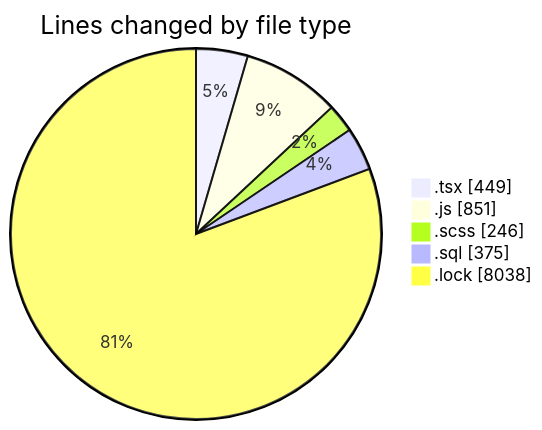
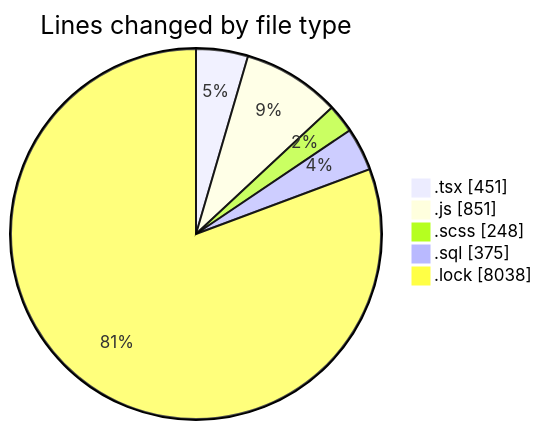
One commit to momahboobian/code-tracking changed the first of 2 diagrams in 2025-03-18/cda/README.md. Above: the diagram before and after it, drawn with Mermaid. The commit also changed other lines of this file and 1 other file, not shown here.

````diff
--- a/2025-03-18/cda/README.md
+++ b/2025-03-18/cda/README.md
@@ -30,9 +30,9 @@
 ```mermaid
 pie showData
 title Lines changed by file type
-".tsx" : 449
+".tsx" : 451
 ".js" : 851
-".scss" : 246
+".scss" : 248
 ".sql" : 375
 ".lock" : 8038
 ```
````
